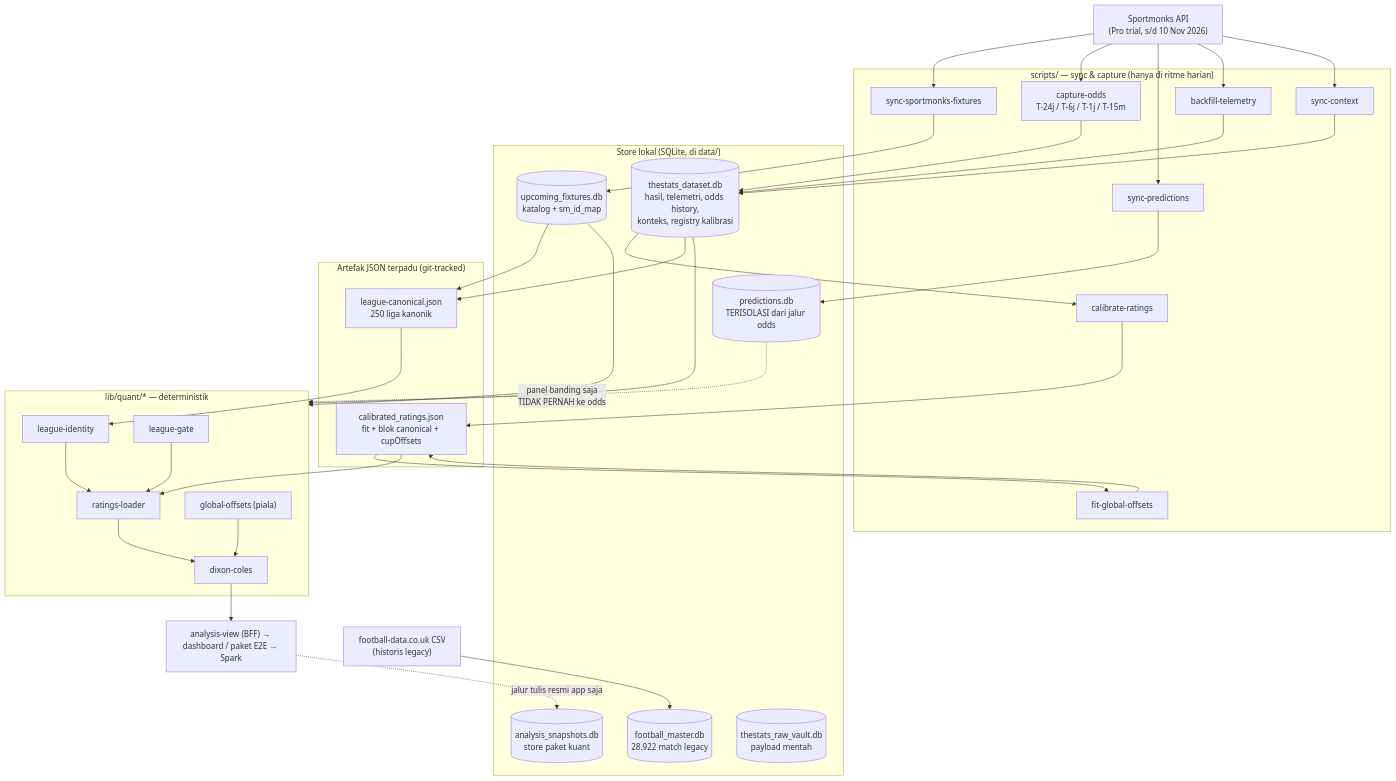
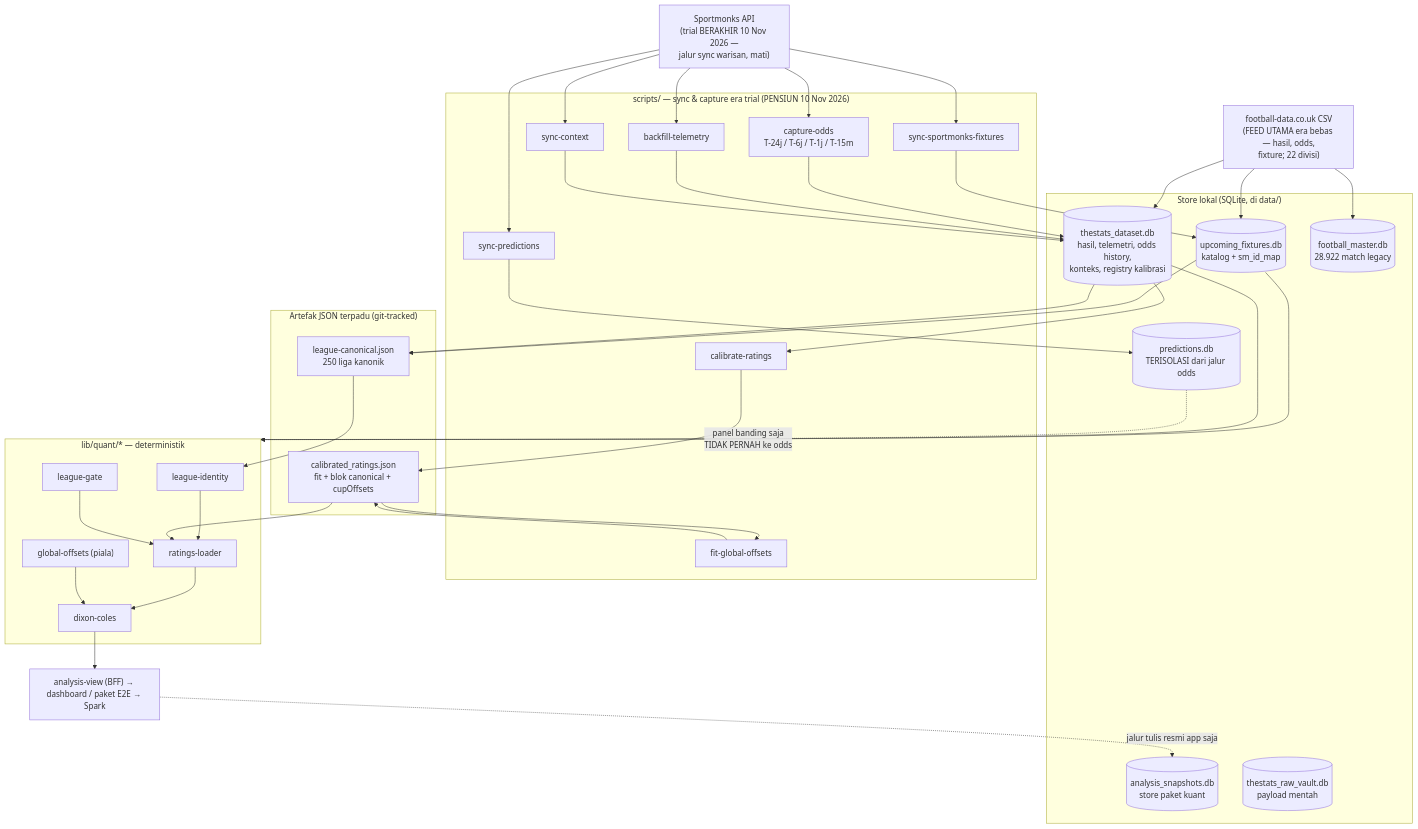
Before and after one commit to hyperrrdice-arch/BOLA-ARANDISUPERR: the diagram in ARCHITECTURE.md, drawn with Mermaid. The commit also changed other lines of this file, not shown here.

First line of the commit message:
docs(arch): sinkronkan ARCHITECTURE.md ke era bebas 19 Nov 2026

````diff
--- a/ARCHITECTURE.md
+++ b/ARCHITECTURE.md
@@ -152,54 +182,56 @@
 ```mermaid
 flowchart TD
-    SM["Sportmonks API<br/>(Pro trial, s/d 10 Nov 2026)"]
-    FD["football-data.co.uk CSV<br/>(historis legacy)"]
-    subgraph SYNC["scripts/ — sync & capture (hanya di ritme harian)"]
+    SM["Sportmonks API<br/>(trial BERAKHIR 10 Nov 2026 —<br/>jalur sync warisan, mati)"]
+    FD["football-data.co.uk CSV<br/>(FEED UTAMA era bebas — hasil, odds,<br/>fixture; 22 divisi)"]
+    subgraph SYNC["scripts/ — sync & capture era trial (PENSIUN 10 Nov 2026)"]
         CAT["sync-sportmonks-fixtures"]
         ODDS["capture-odds<br/>T-24j / T-6j / T-1j / T-15m"]
         PRED["sync-predictions"]
         TELE["backfill-telemetry"]
         CTX["sync-context"]
         CAL["calibrate-ratings"]
         CUP["fit-global-offsets"]
     end
     subgraph STORES["Store lokal (SQLite, di data/)"]
         UP[("upcoming_fixtures.db<br/>katalog + sm_id_map")]
         DS[("thestats_dataset.db<br/>hasil, telemetri, odds history,<br/>konteks, registry kalibrasi")]
         MA[("football_master.db<br/>28.922 match legacy")]
         PR[("predictions.db<br/>TERISOLASI dari jalur odds")]
         SN[("analysis_snapshots.db<br/>store paket kuant")]
         VA[("thestats_raw_vault.db<br/>payload mentah")]
     end
     subgraph ART["Artefak JSON terpadu (git-tracked)"]
         LC["league-canonical.json<br/>250 liga kanonik"]
         CR["calibrated_ratings.json<br/>fit + blok canonical + cupOffsets"]
     end
     subgraph QUANT["lib/quant/* — deterministik"]
         IDN["league-identity"]
         GATE["league-gate"]
         LOAD["ratings-loader"]
         DC["dixon-coles"]
         GO["global-offsets (piala)"]
     end
     SM --> CAT & ODDS & PRED & TELE & CTX
     FD --> MA
+    FD --> DS
+    FD --> UP
     CAT --> UP
     ODDS --> DS
     PRED --> PR
     TELE --> DS
     CTX --> DS
     DS --> CAL --> CR
     UP --> LC
     DS --> LC
     CR --> CUP --> CR
     LC --> IDN --> LOAD
     CR --> LOAD
     GATE --> LOAD
     LOAD --> DC
     GO --> DC
     UP --> QUANT
     DS --> QUANT
     PR -. "panel banding saja<br/>TIDAK PERNAH ke odds" .-> QUANT
     DC --> VIEW["analysis-view (BFF) → dashboard / paket E2E → Spark"]
     VIEW -. "jalur tulis resmi app saja" .-> SN
 ```
````
